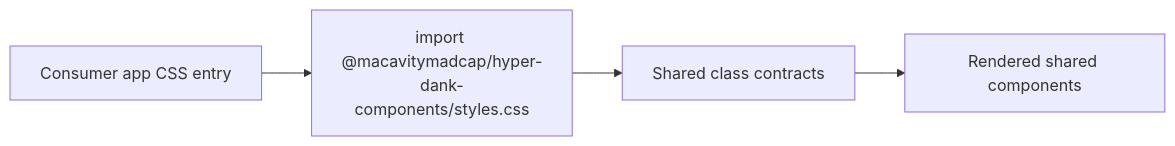
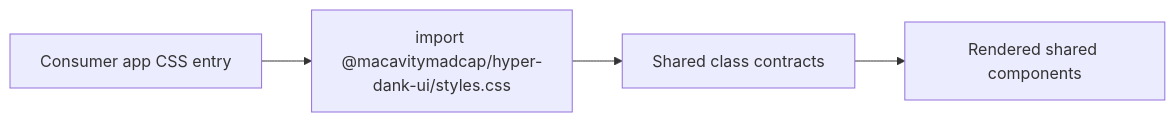
The diagram in docs/tickets/pace-0022.md (Macavitymadcap/hyper-dank), drawn with Mermaid before and after one commit. The commit also changed other lines of this file and 66 other files, not shown here.

First line of the commit message:
feat!: rename Hyper-Dank packages

````diff
--- a/docs/tickets/pace-0022.md
+++ b/docs/tickets/pace-0022.md
@@ -57,6 +57,6 @@
 ```mermaid
 flowchart LR
-  Consumer["Consumer app CSS entry"] --> Import["import @macavitymadcap/hyper-dank-components/styles.css"]
+  Consumer["Consumer app CSS entry"] --> Import["import @macavitymadcap/hyper-dank-ui/styles.css"]
   Import --> PackageCss["Shared class contracts"]
   PackageCss --> Components["Rendered shared components"]
 ```
````
